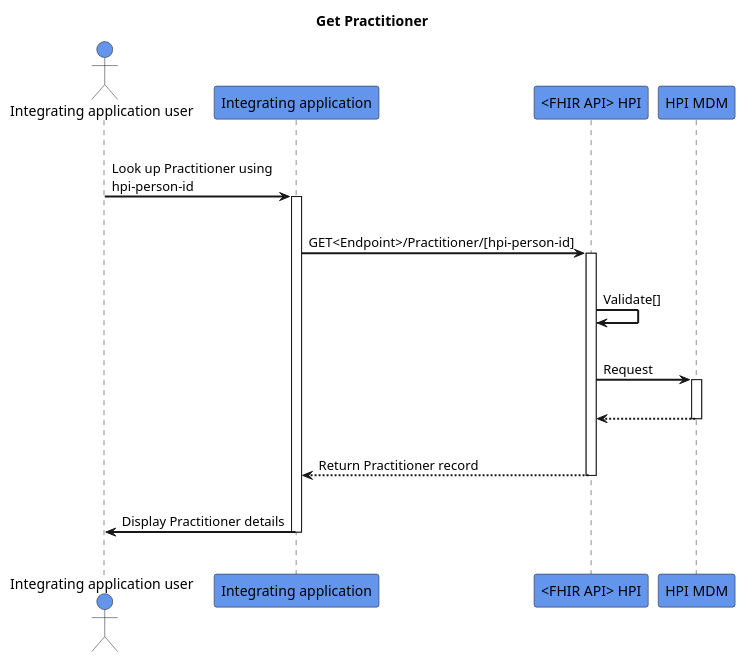
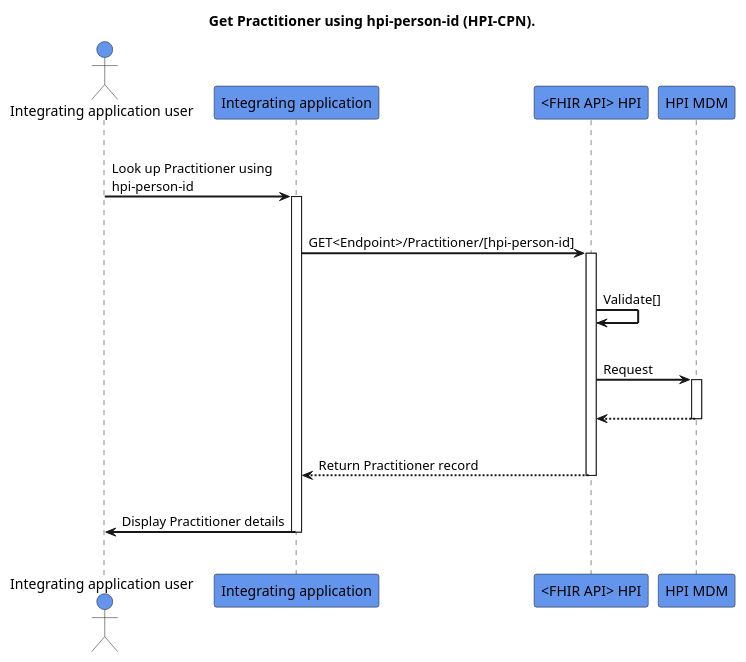
The diagram in input/images-source/get-practitioner.plantuml (HL7NZ/hpi), drawn with PlantUML before and after one commit.

```diff
--- a/input/images-source/get-practitioner.plantuml
+++ b/input/images-source/get-practitioner.plantuml
@@ -1,32 +1,32 @@
 @startuml
 skinparam sequenceArrowThickness 2
 skinparam roundcorner 5
 skinparam maxmessagesize 180
 skinparam sequenceParticipant bold
-title Get Practitioner
+title Get Practitioner using hpi-person-id (HPI-CPN).
 actor "Integrating application user" as User #CornflowerBlue
 participant "Integrating application" as A #CornflowerBlue
 participant "<FHIR API> HPI" as B #CornflowerBlue
 participant "HPI MDM" as C #CornflowerBlue
 |||
 User -> A: Look up Practitioner using hpi-person-id
 activate A
 |||
 A -> B: GET<Endpoint>/Practitioner/[hpi-person-id]
 activate B
 |||
 B -> B: Validate[]
 |||
 B -> C: Request
 activate C
 |||
 C -[dashed]-> B:  
 deactivate C
 |||
 B -[dashed]-> A:Return Practitioner record
 deactivate B
 |||
 A -> User: Display Practitioner details
 deactivate A
 |||
 @enduml
```
